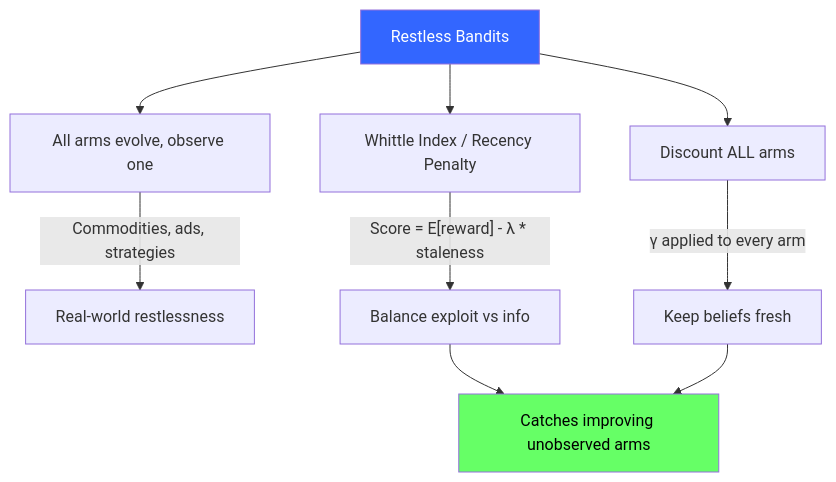
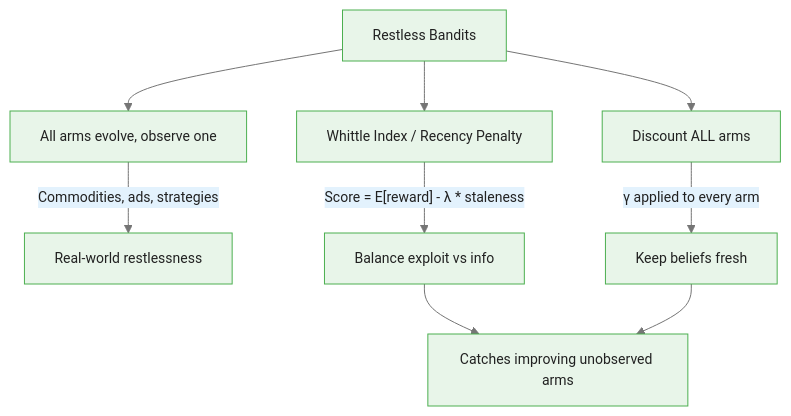
The third of 3 diagrams in courses/multi-armed-bandits-ab-testing/modules/module_06_advanced_topics/guides/02_restless_bandits_slides.md (m-deane/course-creator), drawn with Mermaid before and after one commit. The commit also changed other lines of this file and 146 other files, not shown here.

````diff
--- a/courses/multi-armed-bandits-ab-testing/modules/module_06_advanced_topics/guides/02_restless_bandits_slides.md
+++ b/courses/multi-armed-bandits-ab-testing/modules/module_06_advanced_topics/guides/02_restless_bandits_slides.md
@@ -242,16 +281,14 @@
 ```mermaid
+%%{init: {"theme": "base", "themeVariables": {"primaryColor": "#e8f5e9", "primaryBorderColor": "#4caf50", "primaryTextColor": "#212121", "secondaryColor": "#e3f2fd", "tertiaryColor": "#fff8e1", "lineColor": "#757575", "fontFamily": "Inter, sans-serif", "fontSize": "14px"}}}%%
 flowchart TD
     RB["Restless Bandits"] --> Problem["All arms evolve, observe one"]
     RB --> Whittle["Whittle Index / Recency Penalty"]
     RB --> Discount_r["Discount ALL arms"]
 
     Problem --> |"Commodities, ads, strategies"| Real["Real-world restlessness"]
     Whittle --> |"Score = E[reward] - λ * staleness"| Balance["Balance exploit vs info"]
     Discount_r --> |"γ applied to every arm"| Fresh["Keep beliefs fresh"]
 
     Balance --> Result_r["Catches improving unobserved arms"]
     Fresh --> Result_r
-
-    style RB fill:#36f,color:#fff
-    style Result_r fill:#6f6,color:#000
 ```
````
